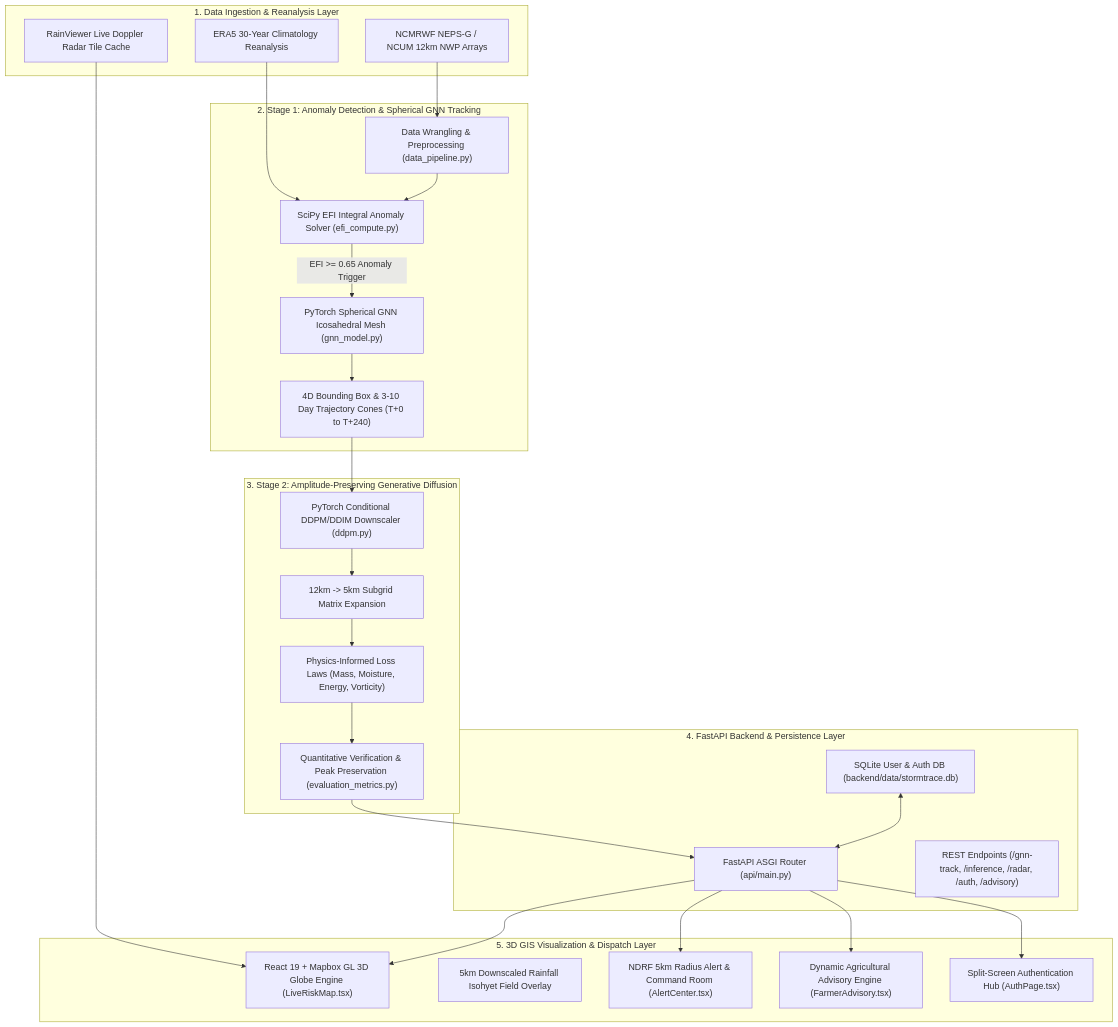
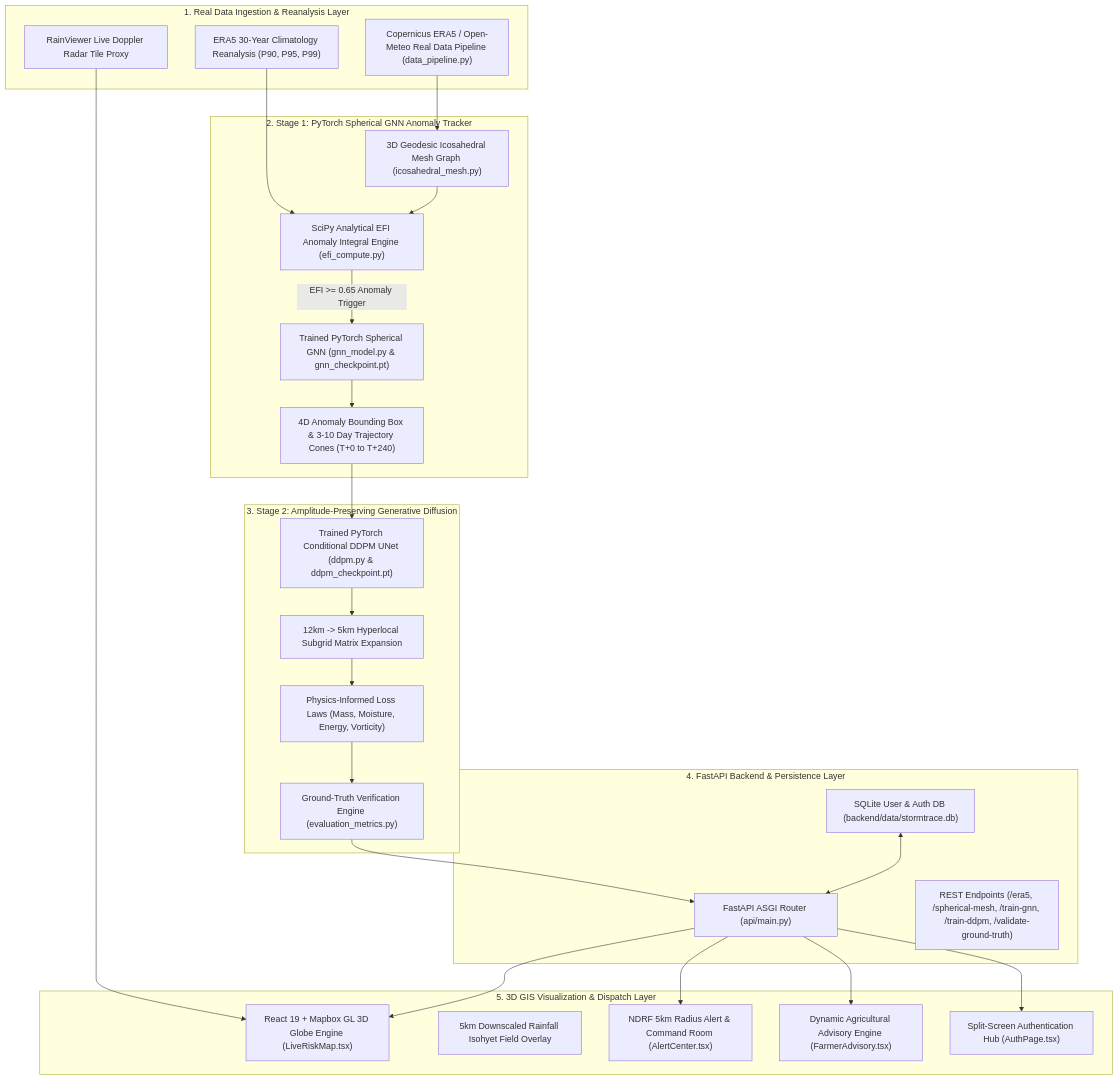
Before and after one commit to Alokzhan/wheatherSIH: the first of 2 diagrams in README.md, drawn with Mermaid. The commit also changed other lines of this file, not shown here.

Commit message:
docs: update README with real ERA5 ingestion, 3D spherical mesh, PyTorch training pipelines, and ground-truth validation benchmarks

````diff
--- a/README.md
+++ b/README.md
@@ -29,53 +31,53 @@
 ```mermaid
 graph TD
-    subgraph Data_Layer ["1. Data Ingestion & Reanalysis Layer"]
-        A1["NCMRWF NEPS-G / NCUM 12km NWP Arrays"]
-        A2["ERA5 30-Year Climatology Reanalysis"]
-        A3["RainViewer Live Doppler Radar Tile Cache"]
+    subgraph Data_Layer ["1. Real Data Ingestion & Reanalysis Layer"]
+        A1["Copernicus ERA5 / Open-Meteo Real Data Pipeline (data_pipeline.py)"]
+        A2["ERA5 30-Year Climatology Reanalysis (P90, P95, P99)"]
+        A3["RainViewer Live Doppler Radar Tile Proxy"]
     end
 
-    subgraph Stage1_GNN ["2. Stage 1: Anomaly Detection & Spherical GNN Tracking"]
-        B1["Data Wrangling & Preprocessing (data_pipeline.py)"]
-        B2["SciPy EFI Integral Anomaly Solver (efi_compute.py)"]
-        B3["PyTorch Spherical GNN Icosahedral Mesh (gnn_model.py)"]
-        B4["4D Bounding Box & 3-10 Day Trajectory Cones (T+0 to T+240)"]
+    subgraph Stage1_GNN ["2. Stage 1: PyTorch Spherical GNN Anomaly Tracker"]
+        B1["3D Geodesic Icosahedral Mesh Graph (icosahedral_mesh.py)"]
+        B2["SciPy Analytical EFI Anomaly Integral Engine (efi_compute.py)"]
+        B3["Trained PyTorch Spherical GNN (gnn_model.py & gnn_checkpoint.pt)"]
+        B4["4D Anomaly Bounding Box & 3-10 Day Trajectory Cones (T+0 to T+240)"]
     end
 
     subgraph Stage2_Diffusion ["3. Stage 2: Amplitude-Preserving Generative Diffusion"]
-        C1["PyTorch Conditional DDPM/DDIM Downscaler (ddpm.py)"]
-        C2["12km -> 5km Subgrid Matrix Expansion"]
+        C1["Trained PyTorch Conditional DDPM UNet (ddpm.py & ddpm_checkpoint.pt)"]
+        C2["12km -> 5km Hyperlocal Subgrid Matrix Expansion"]
         C3["Physics-Informed Loss Laws (Mass, Moisture, Energy, Vorticity)"]
-        C4["Quantitative Verification & Peak Preservation (evaluation_metrics.py)"]
+        C4["Ground-Truth Verification Engine (evaluation_metrics.py)"]
     end
 
     subgraph Backend_Services ["4. FastAPI Backend & Persistence Layer"]
         D1["FastAPI ASGI Router (api/main.py)"]
         D2["SQLite User & Auth DB (backend/data/stormtrace.db)"]
-        D3["REST Endpoints (/gnn-track, /inference, /radar, /auth, /advisory)"]
+        D3["REST Endpoints (/era5, /spherical-mesh, /train-gnn, /train-ddpm, /validate-ground-truth)"]
     end
 
     subgraph Frontend_UI ["5. 3D GIS Visualization & Dispatch Layer"]
         E1["React 19 + Mapbox GL 3D Globe Engine (LiveRiskMap.tsx)"]
         E2["5km Downscaled Rainfall Isohyet Field Overlay"]
         E3["NDRF 5km Radius Alert & Command Room (AlertCenter.tsx)"]
         E4["Dynamic Agricultural Advisory Engine (FarmerAdvisory.tsx)"]
         E5["Split-Screen Authentication Hub (AuthPage.tsx)"]
     end
 
     A1 --> B1
     A2 --> B2
     A3 --> E1
     B1 --> B2
     B2 -->|EFI >= 0.65 Anomaly Trigger| B3
     B3 --> B4
     B4 --> C1
     C1 --> C2
     C2 --> C3
     C3 --> C4
     C4 --> D1
     D2 <--> D1
     D1 --> E1
     D1 --> E3
     D1 --> E4
     D1 --> E5
 ```
````
